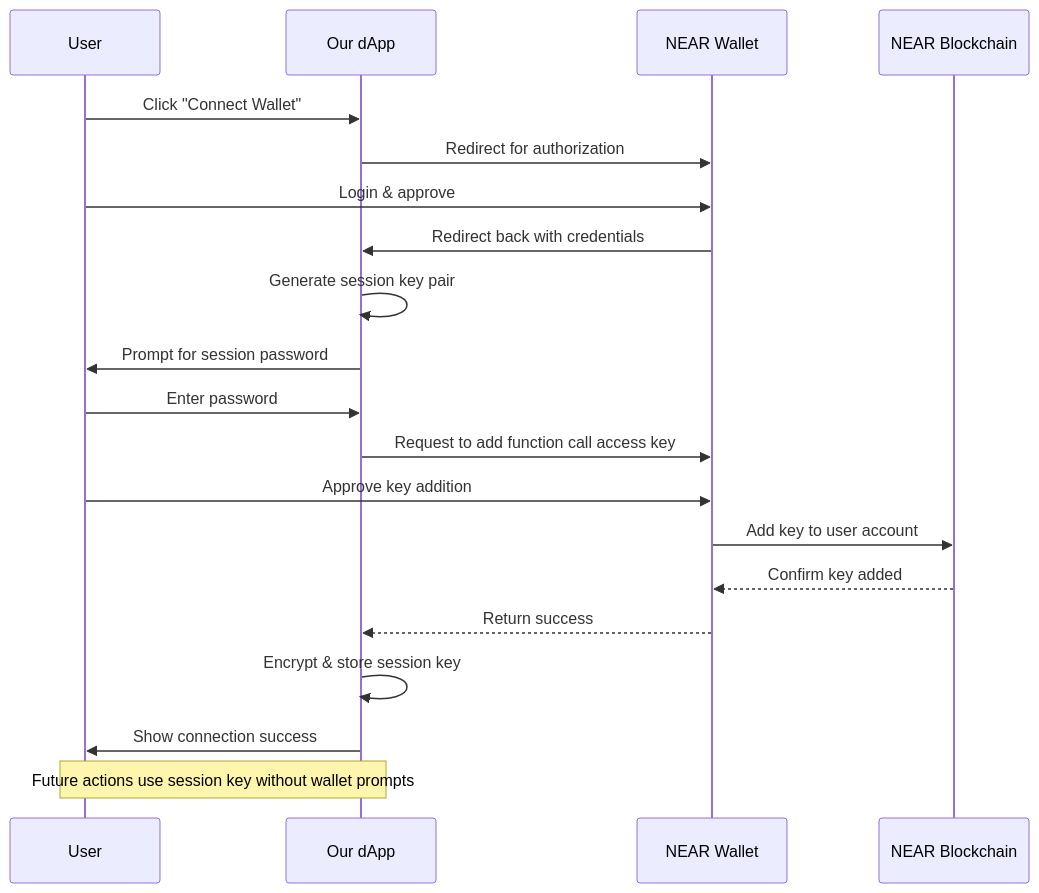
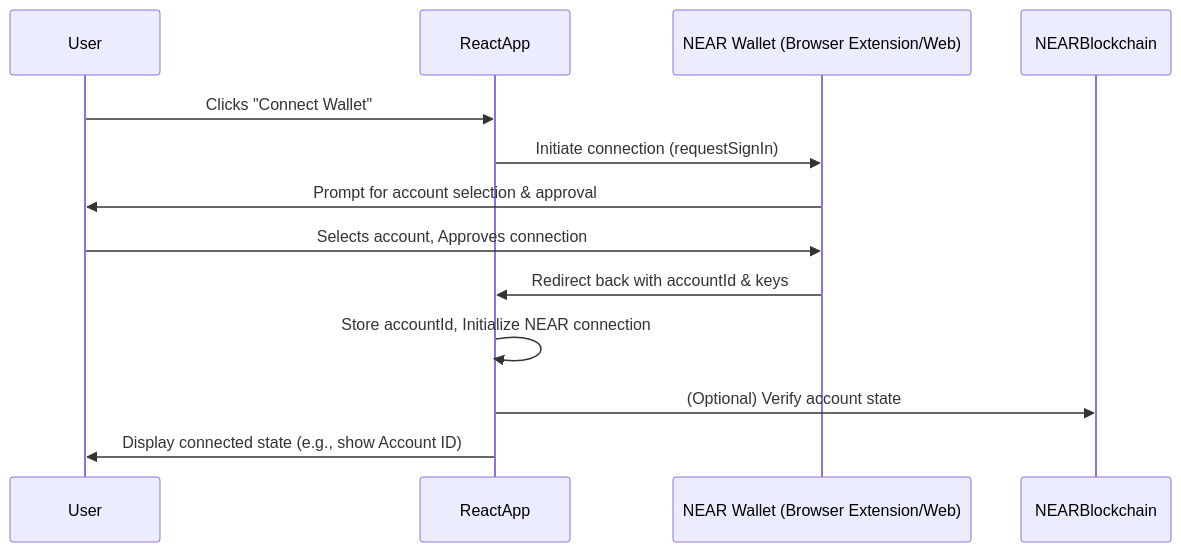
Before and after one commit to shaiss/near-intent-workshop: the diagram in src/content/05-building-frontend/02-connect-wallet.md, drawn with Mermaid. The commit also changed other lines of this file and 38 other files, not shown here.

````diff
--- a/src/content/05-building-frontend/02-connect-wallet.md
+++ b/src/content/05-building-frontend/02-connect-wallet.md
@@ -540,27 +596,16 @@
 ```mermaid
 sequenceDiagram
     participant User
-    participant DApp as Our dApp
-    participant Wallet as NEAR Wallet
-    participant Blockchain as NEAR Blockchain
+    participant ReactApp
+    participant NEARWallet as NEAR Wallet (Browser Extension/Web)
+    participant NEARBlockchain
 
-    User->>DApp: Click "Connect Wallet"
-    DApp->>Wallet: Redirect for authorization
-    User->>Wallet: Login & approve
-    Wallet->>DApp: Redirect back with credentials
-
-    DApp->>DApp: Generate session key pair
-    DApp->>User: Prompt for session password
-    User->>DApp: Enter password
-
-    DApp->>Wallet: Request to add function call access key
-    User->>Wallet: Approve key addition
-    Wallet->>Blockchain: Add key to user account
-    Blockchain-->>Wallet: Confirm key added
-    Wallet-->>DApp: Return success
-
-    DApp->>DApp: Encrypt & store session key
-    DApp->>User: Show connection success
-
-    Note over User,DApp: Future actions use session key without wallet prompts
+    User->>ReactApp: Clicks "Connect Wallet"
+    ReactApp->>NEARWallet: Initiate connection (requestSignIn)
+    NEARWallet->>User: Prompt for account selection & approval
+    User->>NEARWallet: Selects account, Approves connection
+    NEARWallet->>ReactApp: Redirect back with accountId & keys
+    ReactApp->>ReactApp: Store accountId, Initialize NEAR connection
+    ReactApp->>NEARBlockchain: (Optional) Verify account state
+    ReactApp->>User: Display connected state (e.g., show Account ID)
 ```
````
